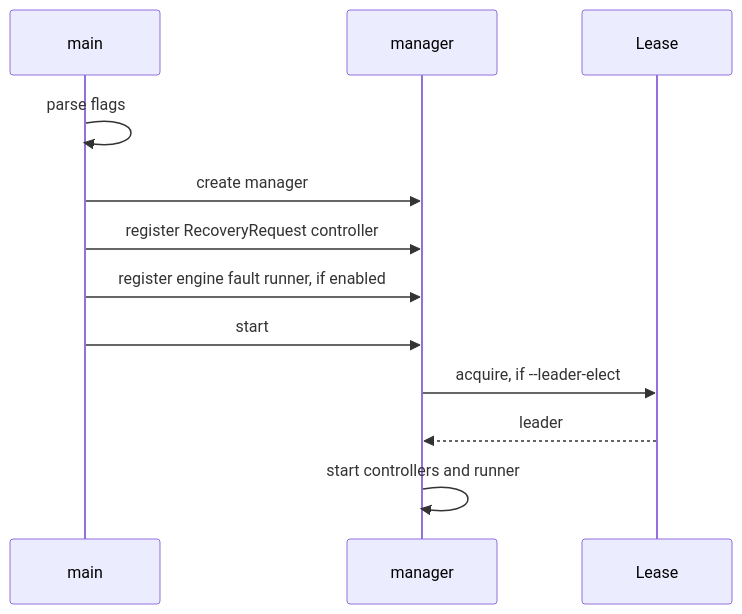
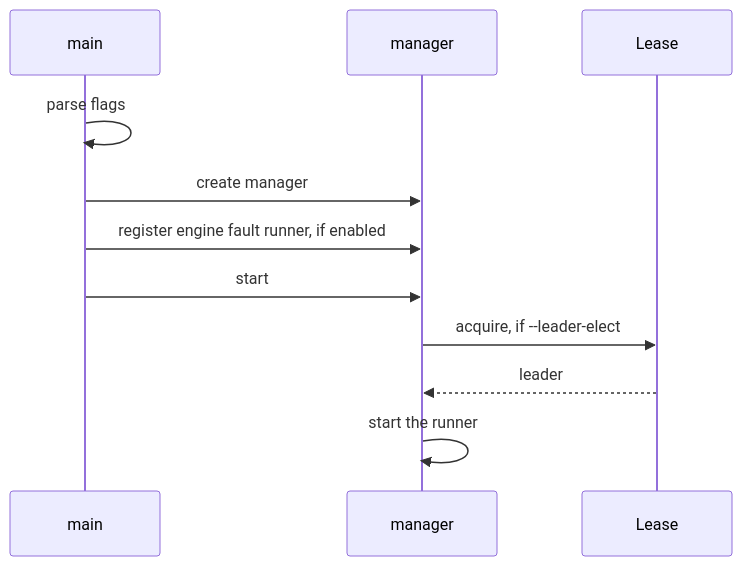
One commit to Etelis/llm-d-resiliency-operator changed the second of 2 diagrams in docs/architecture.md. Above: the diagram before and after it, drawn with Mermaid. The commit also changed other lines of this file and 4 other files, not shown here.

First line of the commit message:
Remove RecoveryRequest from the docs

````diff
--- a/docs/architecture.md
+++ b/docs/architecture.md
@@ -32,14 +30,13 @@
 ```mermaid
 sequenceDiagram
     participant M as main
     participant G as manager
     participant L as Lease
     M->>M: parse flags
     M->>G: create manager
-    M->>G: register RecoveryRequest controller
     M->>G: register engine fault runner, if enabled
     M->>G: start
     G->>L: acquire, if --leader-elect
     L-->>G: leader
-    G->>G: start controllers and runner
+    G->>G: start the runner
 ```
````
